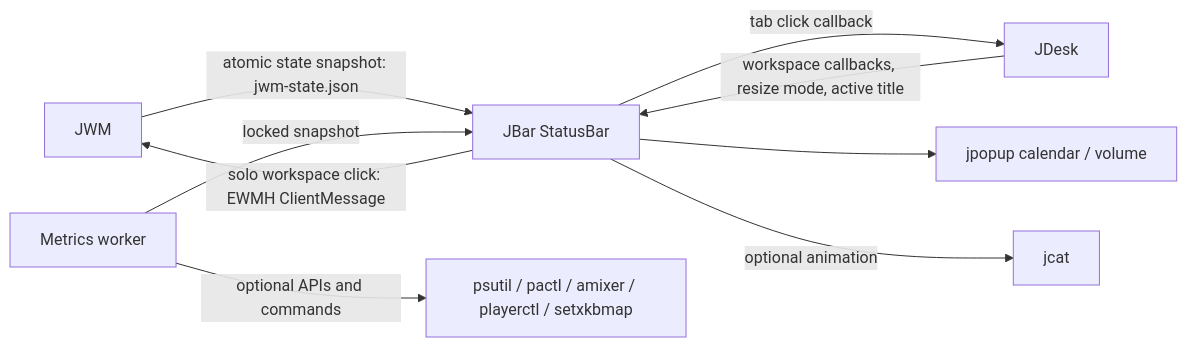
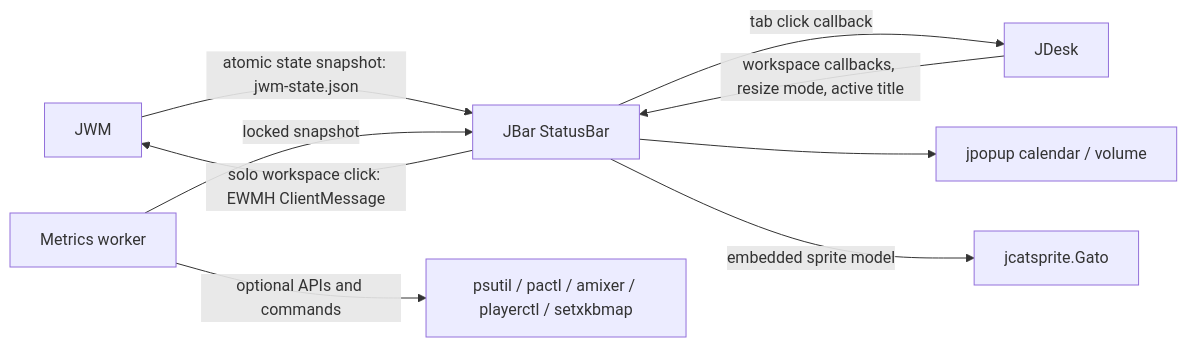
One commit to jacob-derek/JDev changed the diagram in engineering-study/COMPONENTS/JBAR.md. Above: the diagram before and after it, drawn with Mermaid. The commit also changed other lines of this file and 5 other files, not shown here.

````diff
--- a/engineering-study/COMPONENTS/JBAR.md
+++ b/engineering-study/COMPONENTS/JBAR.md
@@ -11,11 +11,11 @@
 ```mermaid
 flowchart LR
   JWM[JWM] -->|atomic state snapshot: jwm-state.json| Bar[JBar StatusBar]
   JDesk[JDesk] -->|workspace callbacks, resize mode, active title| Bar
   Bar -->|tab click callback| JDesk
   Bar -->|solo workspace click: EWMH ClientMessage| JWM
   Metrics[Metrics worker] -->|locked snapshot| Bar
   Bar --> Popups[jpopup calendar / volume]
-  Bar -->|optional animation| Cat[jcat]
+  Bar -->|embedded sprite model| Cat[jcatsprite.Gato]
   Metrics -->|optional APIs and commands| OS[psutil / pactl / amixer / playerctl / setxkbmap]
 ```
````
